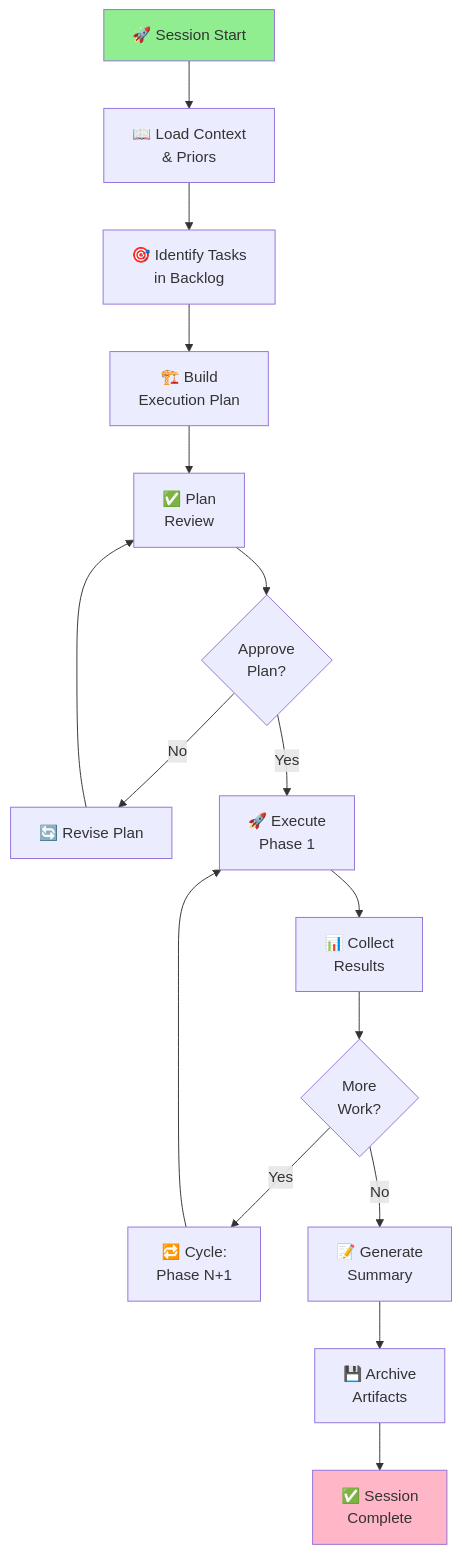
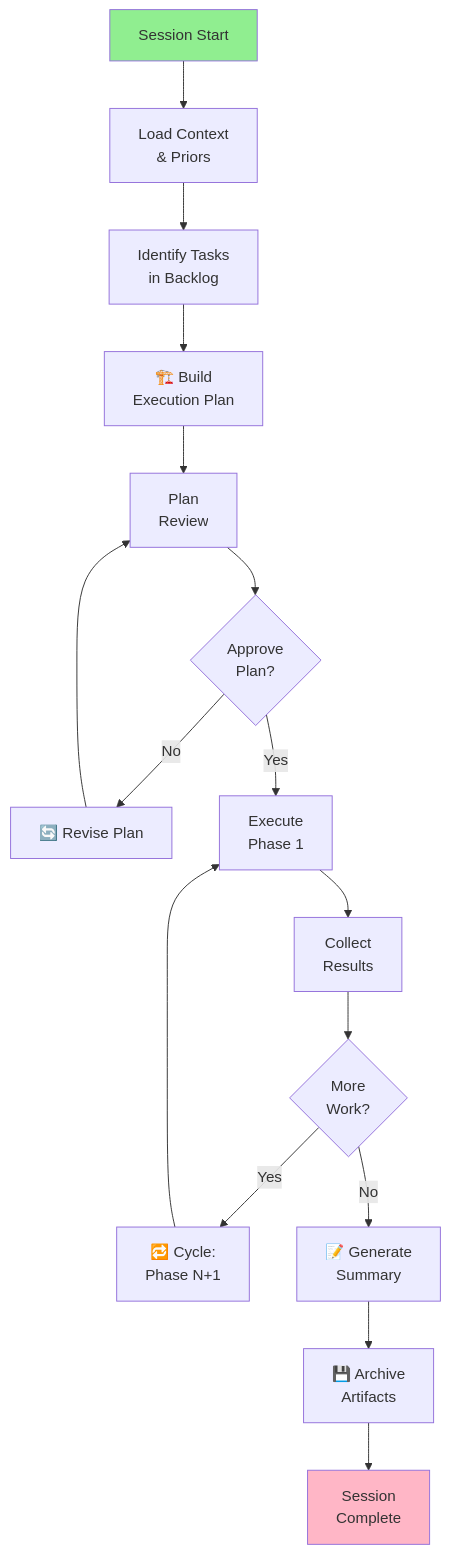
The eighth of 10 diagrams in docs/agent/CUSTOM_AGENT_COORDINATION_WORKFLOWS.md (Aries-Serpent/_codex_), drawn with Mermaid before and after one commit. The commit also changed other lines of this file and 2029 other files, not shown here.

````diff
--- a/docs/agent/CUSTOM_AGENT_COORDINATION_WORKFLOWS.md
+++ b/docs/agent/CUSTOM_AGENT_COORDINATION_WORKFLOWS.md
@@ -357,33 +359,33 @@
 ```mermaid
 graph TD
-    A["🚀 Session Start"] --> B["📖 Load Context<br/>& Priors"]
+    A[" Session Start"] --> B[" Load Context<br/>& Priors"]
 
-    B --> C["🎯 Identify Tasks<br/>in Backlog"]
+    B --> C[" Identify Tasks<br/>in Backlog"]
 
     C --> D["🏗️ Build<br/>Execution Plan"]
 
-    D --> E["✅ Plan<br/>Review"]
+    D --> E[" Plan<br/>Review"]
 
     E --> F{"Approve<br/>Plan?"}
 
     F -->|No| G["🔄 Revise Plan"]
     G --> E
 
-    F -->|Yes| H["🚀 Execute<br/>Phase 1"]
+    F -->|Yes| H[" Execute<br/>Phase 1"]
 
-    H --> I["📊 Collect<br/>Results"]
+    H --> I[" Collect<br/>Results"]
 
     I --> J{"More<br/>Work?"}
 
     J -->|Yes| K["🔁 Cycle:<br/>Phase N+1"]
     K --> H
 
     J -->|No| L["📝 Generate<br/>Summary"]
 
     L --> M["💾 Archive<br/>Artifacts"]
 
-    M --> N["✅ Session<br/>Complete"]
+    M --> N[" Session<br/>Complete"]
 
     style A fill:#90EE90
     style N fill:#FFB6C6
 ```
````
